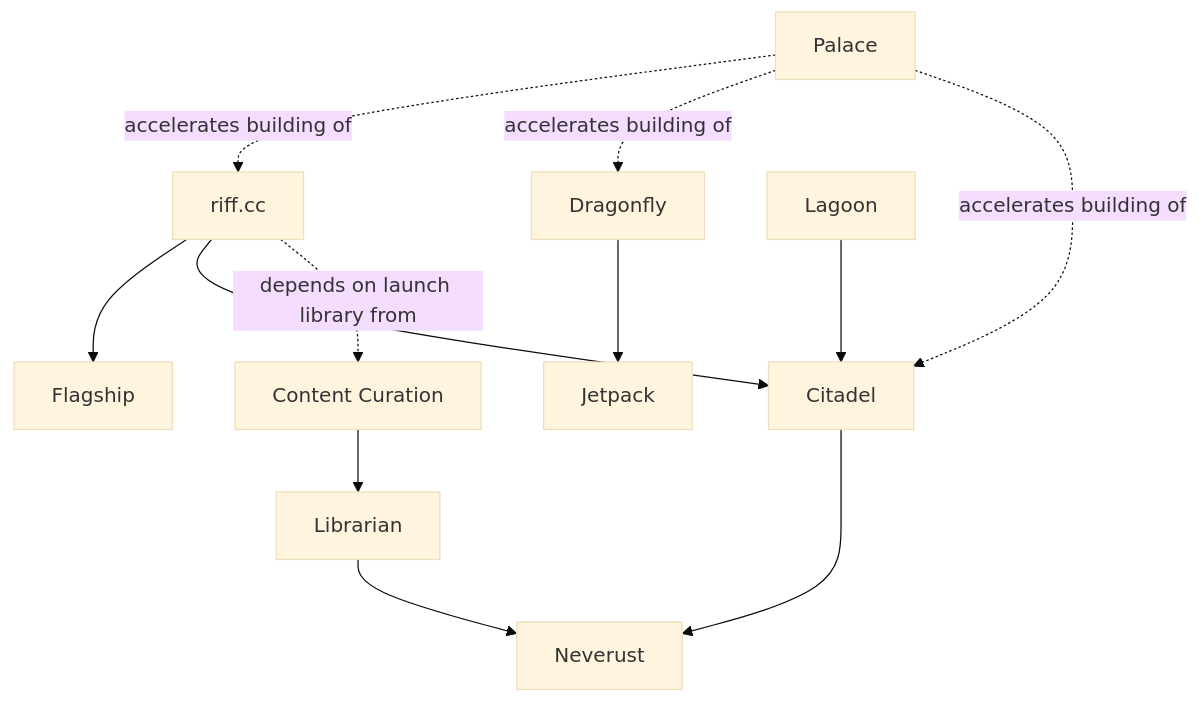
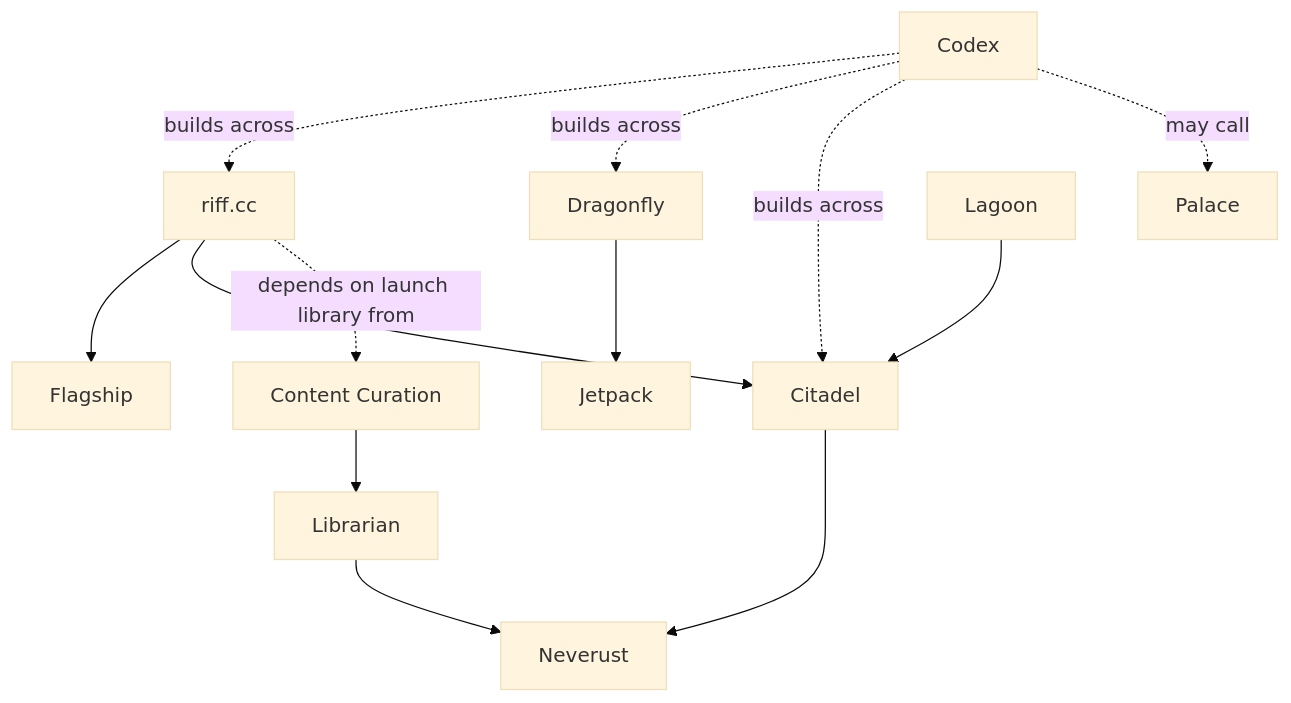
The diagram in skills/Riff Labs/references/project-knowledge.md (riffcc/skills), drawn with Mermaid (base theme) before and after one commit. The commit also changed other lines of this file and 3 other files, not shown here.

````diff
--- a/skills/Riff Labs/references/project-knowledge.md
+++ b/skills/Riff Labs/references/project-knowledge.md
@@ -93,25 +164,27 @@
 ```mermaid
 graph TD
     riffcc["riff.cc"]
     flagship["Flagship"]
     citadel["Citadel"]
     neverust["Neverust"]
     librarian["Librarian"]
     dragonfly["Dragonfly"]
     jetpack["Jetpack"]
+    codex["Codex"]
     palace["Palace"]
     lagoon["Lagoon"]
     curation["Content Curation"]
 
     riffcc --> flagship
     riffcc --> citadel
     citadel --> neverust
     librarian --> neverust
     curation --> librarian
     riffcc -.depends on launch library from.-> curation
     dragonfly --> jetpack
     lagoon --> citadel
-    palace -.accelerates building of.-> riffcc
-    palace -.accelerates building of.-> dragonfly
-    palace -.accelerates building of.-> citadel
+    codex -.builds across.-> riffcc
+    codex -.builds across.-> dragonfly
+    codex -.builds across.-> citadel
+    codex -.may call.-> palace
 ```
````
